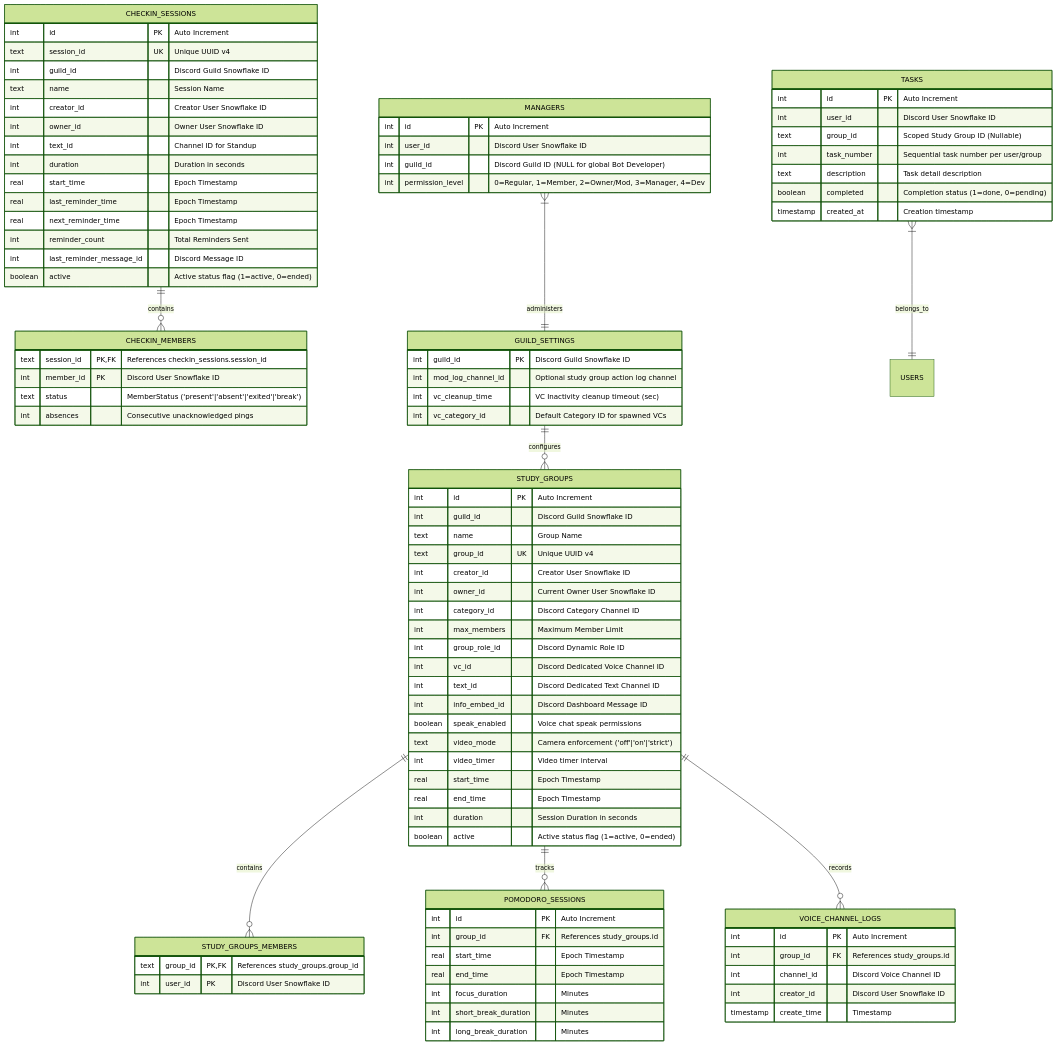
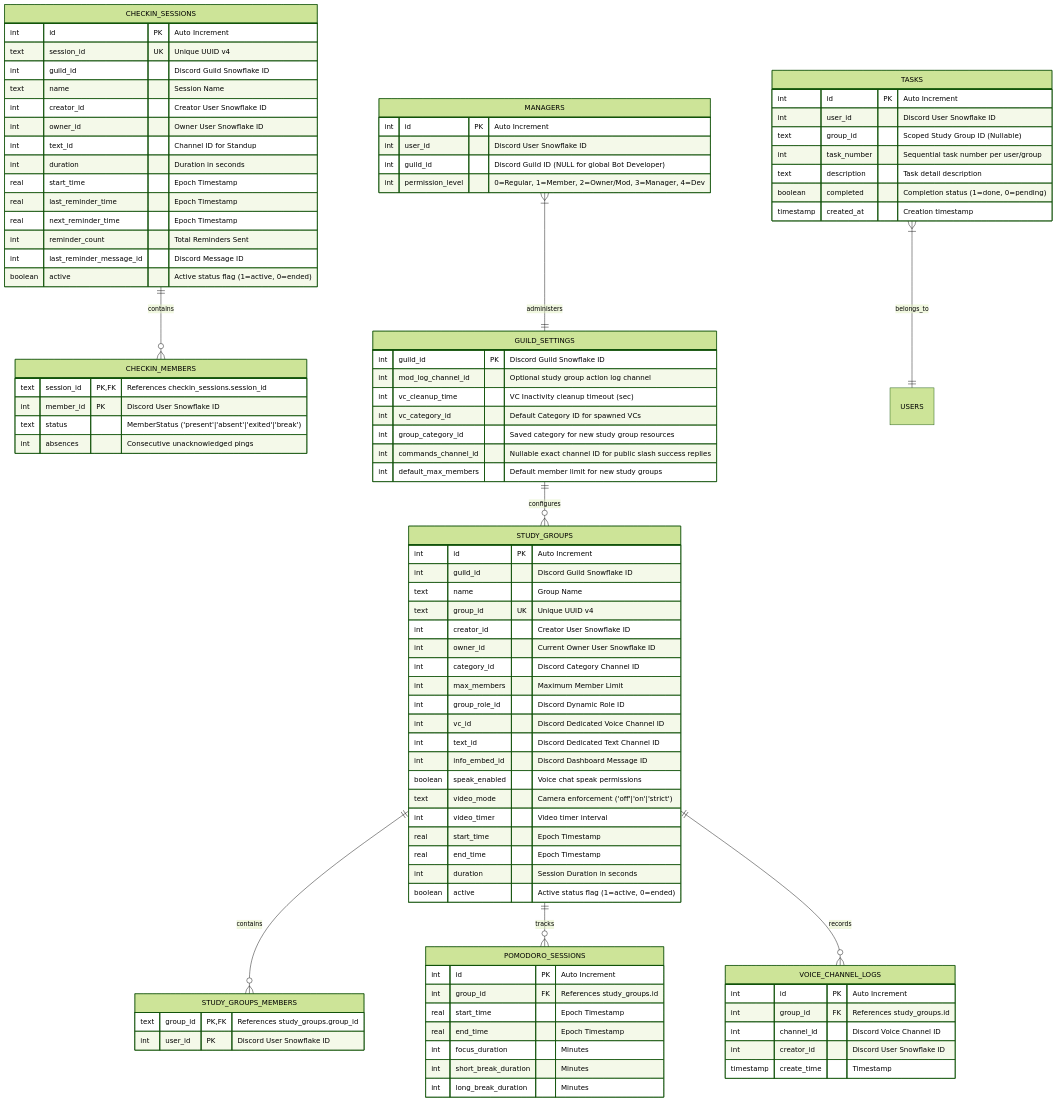
The fourth of 5 diagrams in KNOWLEDGE_GRAPH.md (Vectorphy/crispy-octo-happiness), drawn with Mermaid (forest theme) before and after one commit. The commit also changed other lines of this file and 23 other files, not shown here.

```diff
--- a/KNOWLEDGE_GRAPH.md
+++ b/KNOWLEDGE_GRAPH.md
@@ -279,6 +279,9 @@
         int mod_log_channel_id "Optional study group action log channel"
         int vc_cleanup_time "VC Inactivity cleanup timeout (sec)"
         int vc_category_id "Default Category ID for spawned VCs"
+        int group_category_id "Saved category for new study group resources"
+        int commands_channel_id "Nullable exact channel ID for public slash success replies"
+        int default_max_members "Default member limit for new study groups"
     }
 
     VOICE_CHANNEL_LOGS {
```
